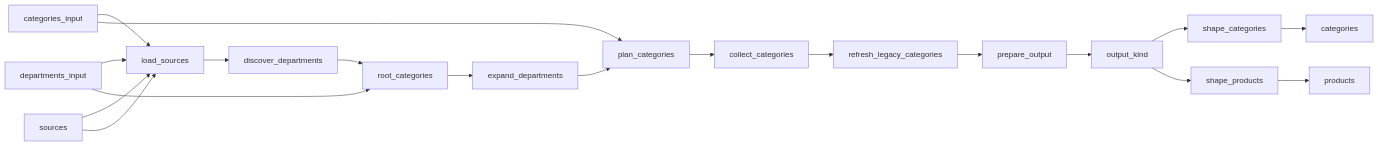
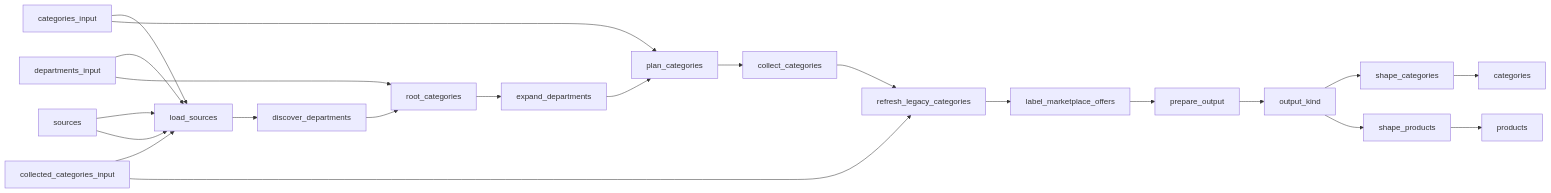
One commit to jsonifyco/public-datasets changed the diagram in datasets/supermarket-products-in-france-6bb96540e5f9/README.md. Above: the diagram before and after it, drawn with Mermaid. The commit also changed other lines of this file and 5 other files, not shown here.

````diff
--- a/datasets/supermarket-products-in-france-6bb96540e5f9/README.md
+++ b/datasets/supermarket-products-in-france-6bb96540e5f9/README.md
@@ -99,37 +102,42 @@
 ```mermaid
 flowchart LR
   n0["categories#95;input"]
-  n1["departments#95;input"]
-  n2["sources"]
-  n3["load#95;sources"]
-  n4["discover#95;departments"]
-  n5["root#95;categories"]
-  n6["expand#95;departments"]
-  n7["plan#95;categories"]
-  n8["collect#95;categories"]
-  n9["refresh#95;legacy#95;categories"]
-  n10["prepare#95;output"]
-  n11["output#95;kind"]
-  n12["shape#95;products"]
-  n13["products"]
-  n14["shape#95;categories"]
-  n15["categories"]
-  n3 --> n4
+  n1["collected#95;categories#95;input"]
+  n2["departments#95;input"]
+  n3["sources"]
+  n4["load#95;sources"]
+  n5["discover#95;departments"]
+  n6["root#95;categories"]
+  n7["expand#95;departments"]
+  n8["plan#95;categories"]
+  n9["collect#95;categories"]
+  n10["refresh#95;legacy#95;categories"]
+  n11["label#95;marketplace#95;offers"]
+  n12["prepare#95;output"]
+  n13["output#95;kind"]
+  n14["shape#95;products"]
+  n15["products"]
+  n16["shape#95;categories"]
+  n17["categories"]
   n4 --> n5
   n5 --> n6
   n6 --> n7
   n7 --> n8
   n8 --> n9
   n9 --> n10
   n10 --> n11
+  n11 --> n12
   n12 --> n13
   n14 --> n15
-  n0 --> n3
-  n1 --> n3
-  n2 --> n3
-  n11 --> n14
-  n11 --> n12
-  n2 --> n3
-  n1 --> n5
-  n0 --> n7
+  n16 --> n17
+  n0 --> n4
+  n1 --> n4
+  n2 --> n4
+  n3 --> n4
+  n13 --> n16
+  n13 --> n14
+  n3 --> n4
+  n2 --> n6
+  n0 --> n8
+  n1 --> n10
 ```
````
